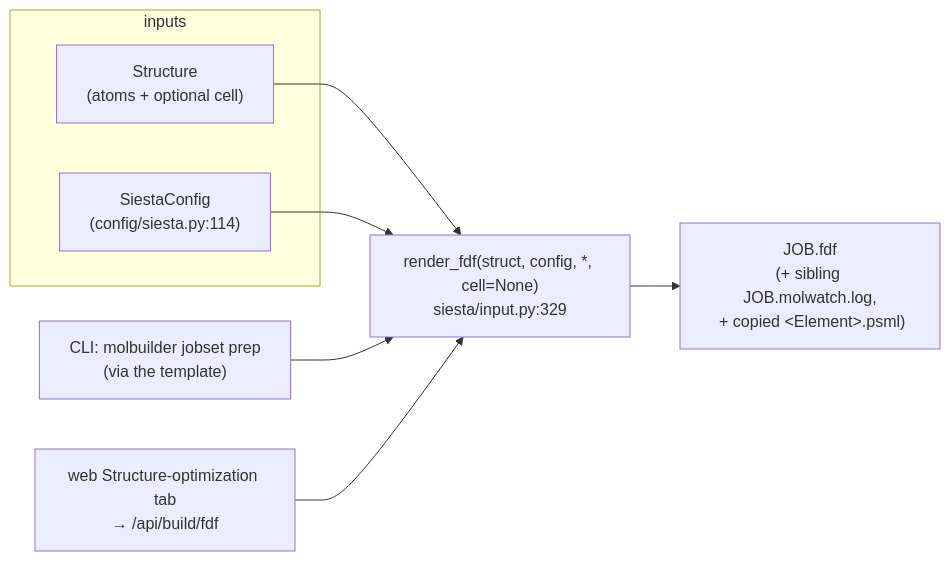
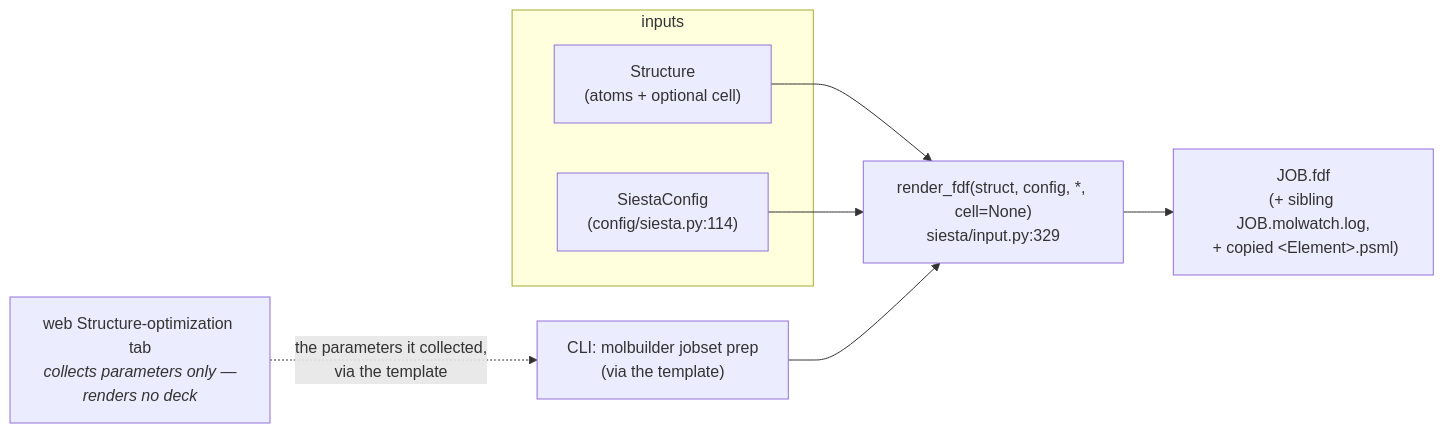
One commit to Qing-LAB/molbuilder changed the first of 3 diagrams in docs/engines/siesta.md. Above: the diagram before and after it, drawn with Mermaid. The commit also changed other lines of this file, not shown here.

First line of the commit message:
docs(siesta): § 8 named four things that no longer exist, and § 1 described a removed UI flow

````diff
--- a/docs/engines/siesta.md
+++ b/docs/engines/siesta.md
@@ -42,16 +42,16 @@
 ```mermaid
 flowchart LR
     subgraph IN["inputs"]
         S["Structure<br/>(atoms + optional cell)"]
         C["SiestaConfig<br/>(config/siesta.py:114)"]
     end
     CLI["CLI: molbuilder jobset prep<br/>(via the template)"]
-    WEB["web Structure-optimization tab<br/>→ /api/build/fdf"]
+    WEB["web Structure-optimization tab<br/><i>collects parameters only —<br/>renders no deck</i>"]
     R["render_fdf(struct, config, *, cell=None)<br/>siesta/input.py:329"]
     OUT["JOB.fdf<br/>(+ sibling JOB.molwatch.log,<br/> + copied &lt;Element&gt;.psml)"]
     S --> R
     C --> R
     CLI --> R
-    WEB --> R
+    WEB -.->|"the parameters it collected,<br/>via the template"| CLI
     R --> OUT
 ```
````
